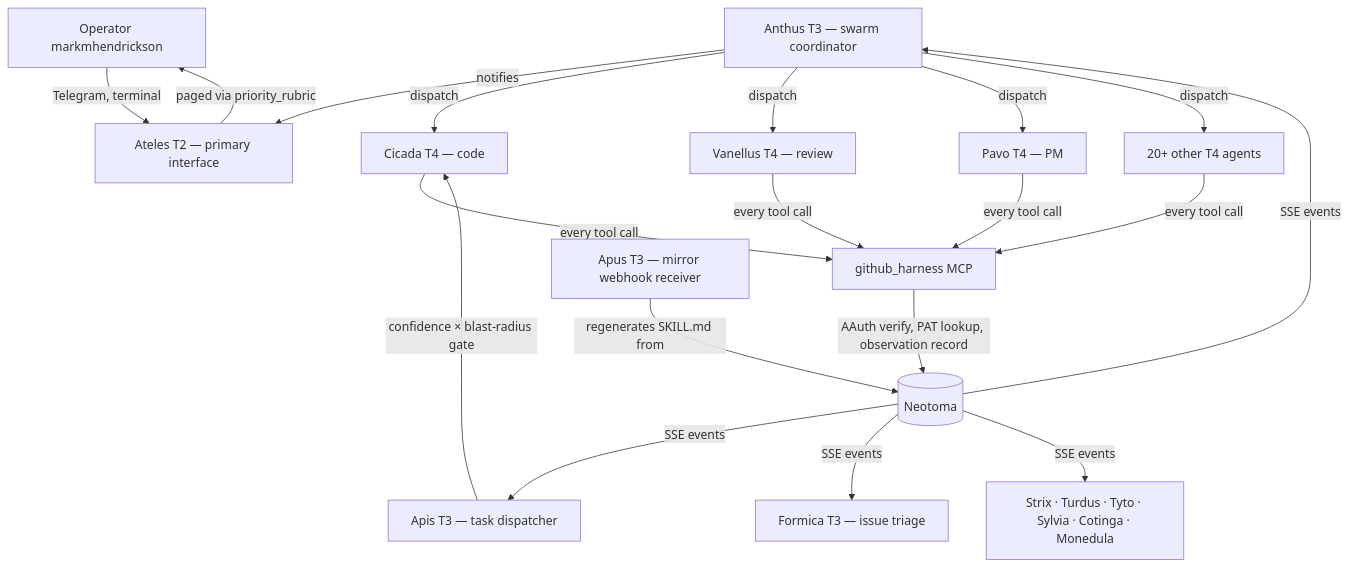
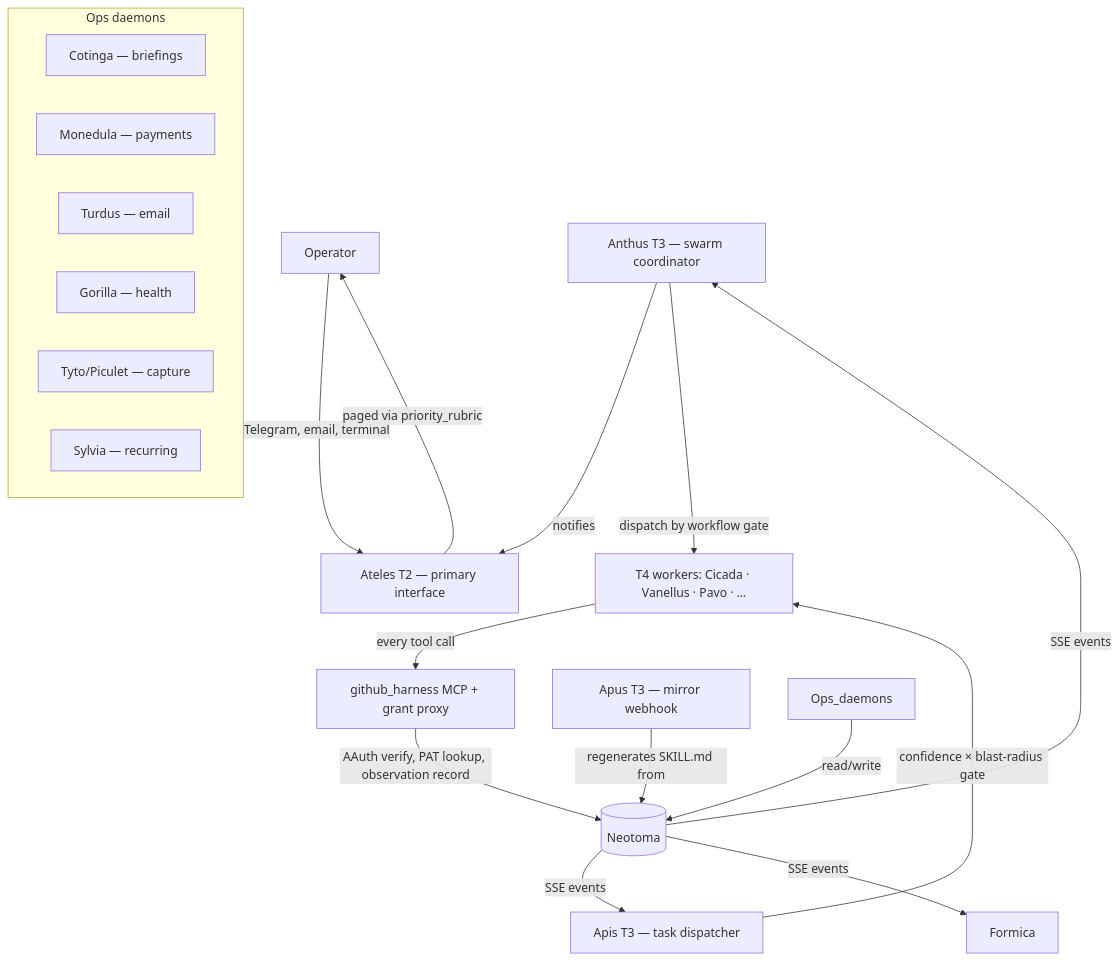
The diagram in README.md (markmhendrickson/ateles), drawn with Mermaid before and after one commit. The commit also changed other lines of this file and 182 other files, not shown here.

````diff
--- a/README.md
+++ b/README.md
@@ -33,18 +100,16 @@
 ```mermaid
 graph TB
-  Operator[Operator markmhendrickson] -->|Telegram, terminal| Ateles
+  Operator[Operator] -->|Telegram, email, terminal| Ateles
   Ateles[Ateles T2 — primary interface] -->|paged via priority_rubric| Operator
   Anthus[Anthus T3 — swarm coordinator] -->|notifies| Ateles
-  Apis[Apis T3 — task dispatcher] -->|confidence × blast-radius gate| Cicada
-  Anthus -->|dispatch| Cicada[Cicada T4 — code]
-  Anthus -->|dispatch| Vanellus[Vanellus T4 — review]
-  Anthus -->|dispatch| Pavo[Pavo T4 — PM]
-  Anthus -->|dispatch| Others[20+ other T4 agents]
-  Cicada & Vanellus & Pavo & Others -->|every tool call| Harness[github_harness MCP]
+  Apis[Apis T3 — task dispatcher] -->|confidence × blast-radius gate| Workers
+  Anthus -->|dispatch by workflow gate| Workers[T4 workers: Cicada · Vanellus · Pavo · …]
+  Workers -->|every tool call| Harness[github_harness MCP + grant proxy]
   Harness -->|AAuth verify, PAT lookup, observation record| Neotoma[(Neotoma)]
-  Apus[Apus T3 — mirror webhook receiver] -->|regenerates SKILL.md from| Neotoma
-  Neotoma -->|SSE events| Anthus
-  Neotoma -->|SSE events| Apis
-  Neotoma -->|SSE events| Formica[Formica T3 — issue triage]
-  Neotoma -->|SSE events| Other_Daemons[Strix · Turdus · Tyto · Sylvia · Cotinga · Monedula]
+  Apus[Apus T3 — mirror webhook] -->|regenerates SKILL.md from| Neotoma
+  Neotoma -->|SSE events| Anthus & Apis & Formica
+  subgraph Ops daemons
+    Cotinga[Cotinga — briefings] & Monedula[Monedula — payments] & Turdus[Turdus — email] & Gorilla[Gorilla — health] & Tyto[Tyto/Piculet — capture] & Sylvia[Sylvia — recurring]
+  end
+  Ops_daemons -->|read/write| Neotoma
 ```
````
